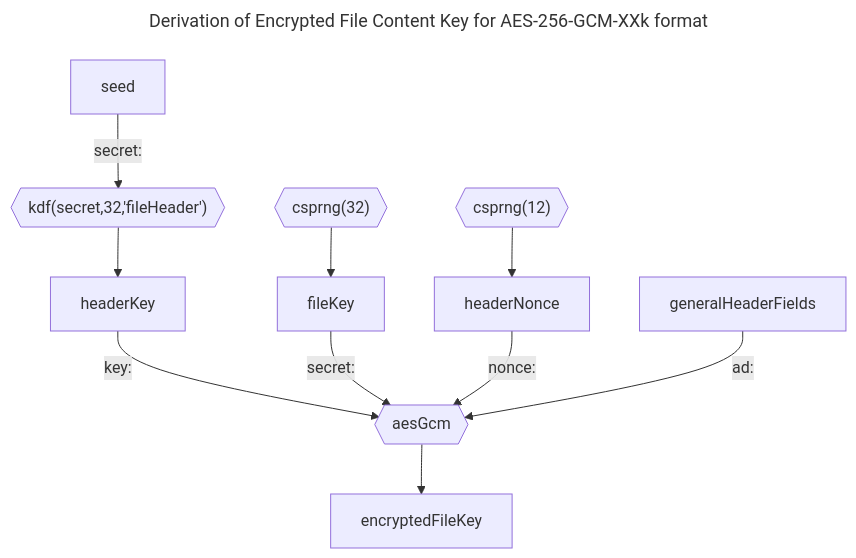
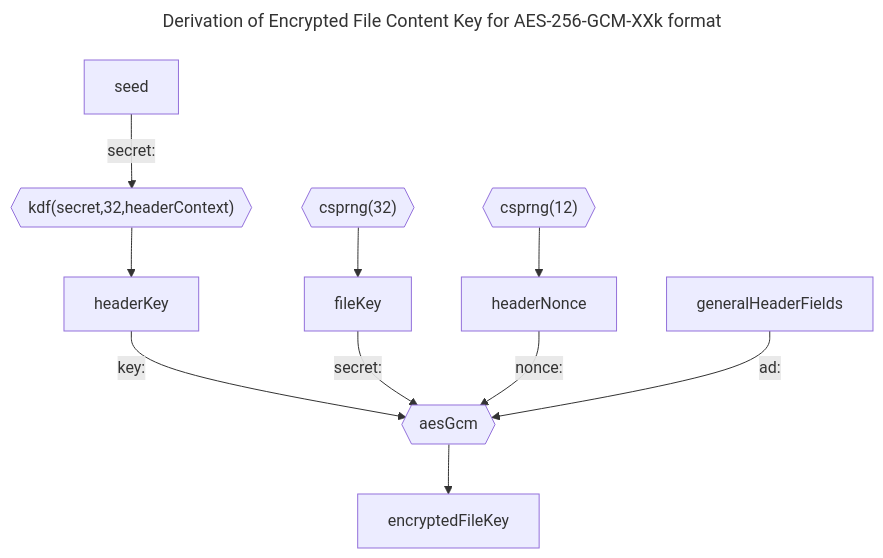
The first of 2 diagrams in file content encryption/AES-256-GCM.md (encryption-alliance/unified-vault-format), drawn with Mermaid before and after one commit. The commit also changed other lines of this file and 4 other files, not shown here.

Commit message:
different kdf context per node type

````diff
--- a/file content encryption/AES-256-GCM.md
+++ b/file content encryption/AES-256-GCM.md
@@ -21,19 +21,19 @@
 ```mermaid
 ---
 title: Derivation of Encrypted File Content Key for AES-256-GCM-XXk format
 ---
 flowchart TD
     seed -->|secret:| kdf0
-    kdf0{{"kdf(secret,32,'fileHeader')"}}
+    kdf0{{"kdf(secret,32,headerContext)"}}
     kdf0 --> headerKey
     headerKey -->|key:| aesGcm
     aesGcm{{aesGcm}}
     aesGcm --> encryptedFileKey
     csprng32{{"csprng(32)"}}
     csprng32 --> fileKey
     fileKey -->|secret:| aesGcm
     csprng12{{"csprng(12)"}}
     csprng12 --> headerNonce
     headerNonce -->|nonce:| aesGcm
     generalHeaderFields -->|ad:| aesGcm
 ```
````
